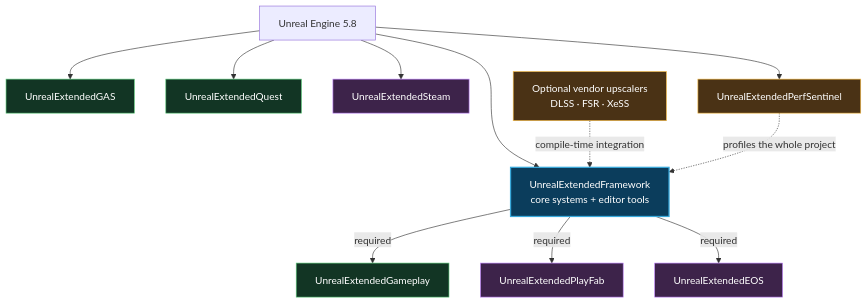
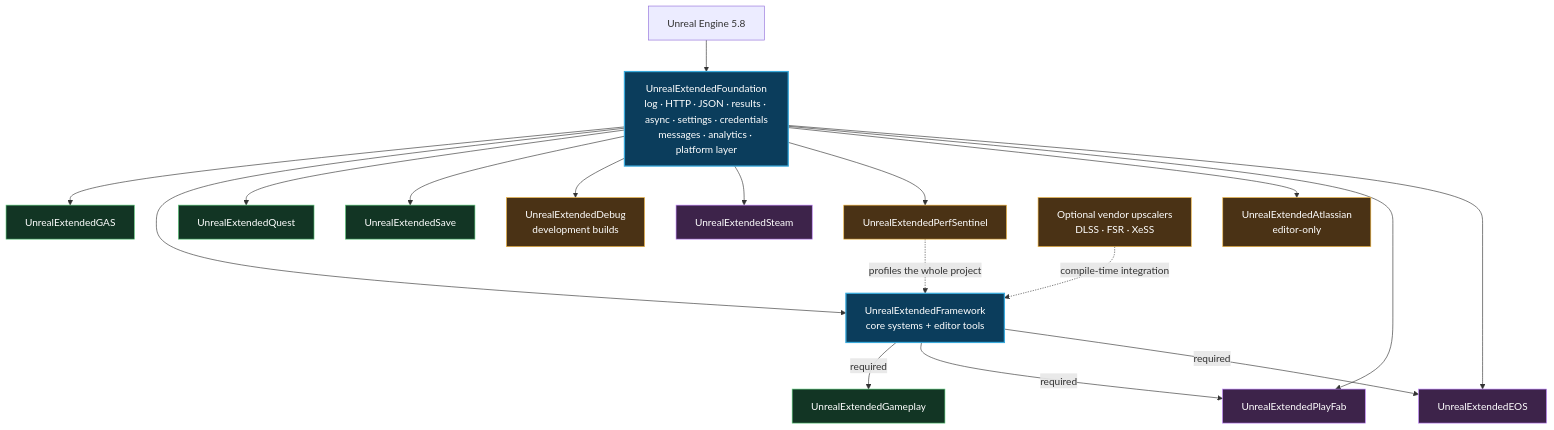
The diagram in README.md (ElderDeveloper/UnrealExtendedFramework), drawn with Mermaid before and after one commit. The commit also changed other lines of this file and 910 other files, not shown here.

First line of the commit message:
Merge the merge branch: Foundation plugin, Save, Debug and new gameplay systems

````diff
--- a/README.md
+++ b/README.md
@@ -66,33 +80,43 @@
 ```mermaid
 flowchart TB
     UE["Unreal Engine 5.8"]
+    Foundation["UnrealExtendedFoundation<br/>log · HTTP · JSON · results · async · settings · credentials<br/>messages · analytics · platform layer"]
     Core["UnrealExtendedFramework<br/>core systems + editor tools"]
     Gameplay["UnrealExtendedGameplay"]
     GAS["UnrealExtendedGAS"]
     Quest["UnrealExtendedQuest"]
+    Save["UnrealExtendedSave"]
+    Debug["UnrealExtendedDebug<br/>development builds"]
     PlayFab["UnrealExtendedPlayFab"]
     EOS["UnrealExtendedEOS"]
     Steam["UnrealExtendedSteam"]
     Perf["UnrealExtendedPerfSentinel"]
+    Atlassian["UnrealExtendedAtlassian<br/>editor-only"]
     Vendor["Optional vendor upscalers<br/>DLSS · FSR · XeSS"]
 
-    UE --> Core
-    UE --> GAS
-    UE --> Quest
-    UE --> Steam
-    UE --> Perf
+    UE --> Foundation
+    Foundation --> GAS
+    Foundation --> Core
+    Foundation --> Quest
+    Foundation --> Save
+    Foundation --> Debug
+    Foundation --> Steam
+    Foundation --> Perf
+    Foundation --> Atlassian
+    Foundation --> PlayFab
+    Foundation --> EOS
     Core -->|required| Gameplay
     Core -->|required| PlayFab
     Core -->|required| EOS
     Vendor -. compile-time integration .-> Core
     Perf -. profiles the whole project .-> Core
 
     classDef foundation fill:#0B3D5C,stroke:#39A9DB,color:#fff,stroke-width:2px;
     classDef gameplay fill:#123524,stroke:#5AC878,color:#fff;
     classDef online fill:#3D234A,stroke:#C084FC,color:#fff;
     classDef tooling fill:#4A3215,stroke:#F5B942,color:#fff;
-    class Core foundation;
-    class Gameplay,GAS,Quest gameplay;
+    class Foundation,Core foundation;
+    class Gameplay,GAS,Quest,Save gameplay;
     class PlayFab,EOS,Steam online;
-    class Perf,Vendor tooling;
+    class Perf,Vendor,Atlassian,Debug tooling;
 ```
````
